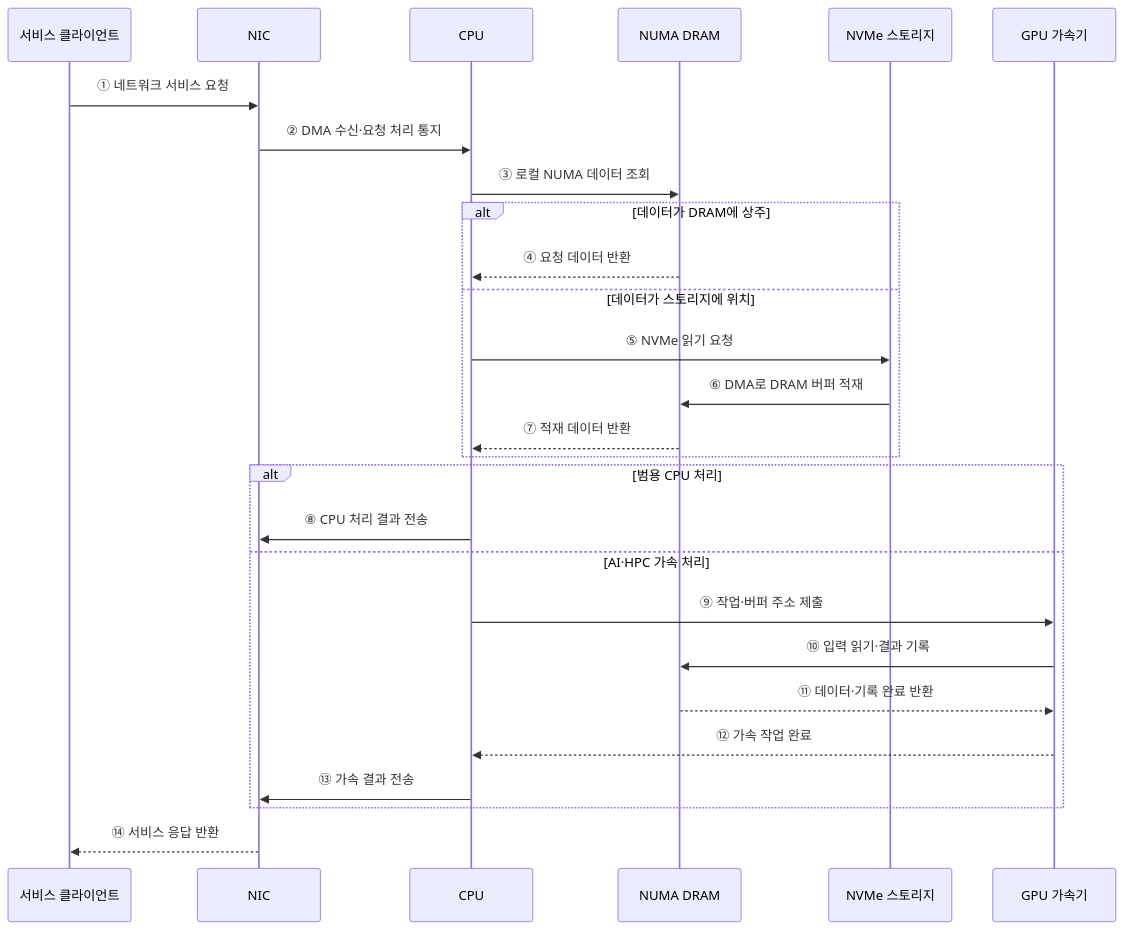
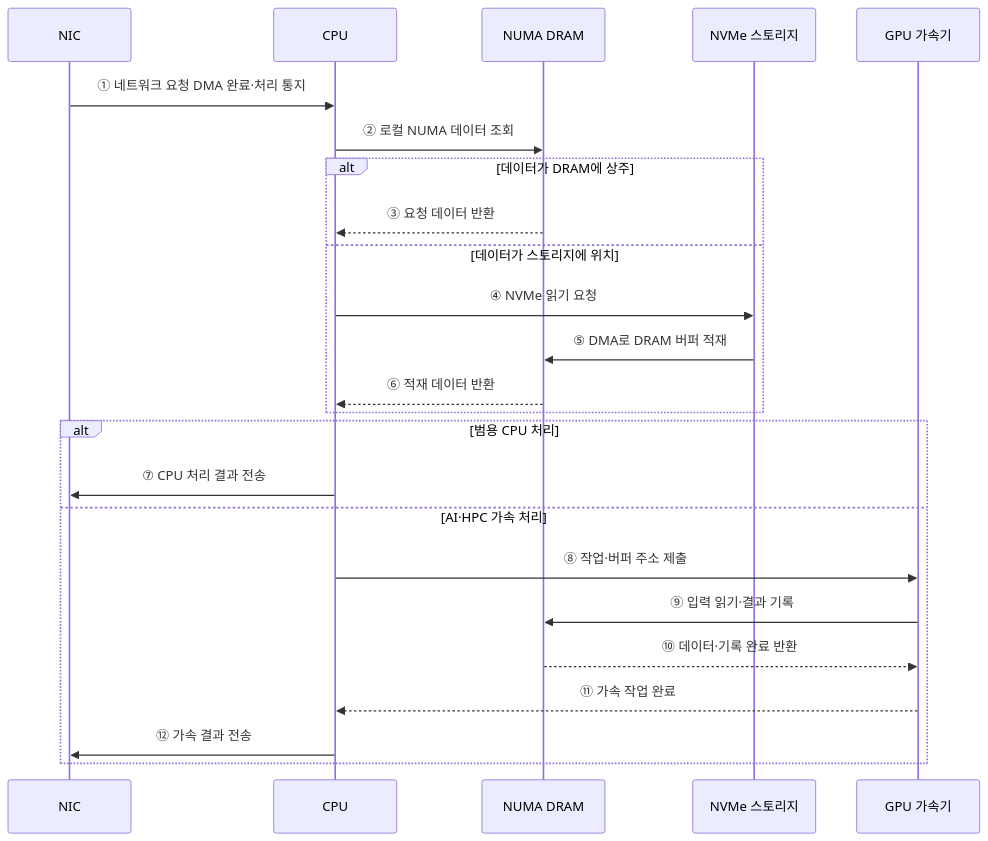
The second of 2 diagrams in src/content/docs/notes/02-hardware/054_data_center_server_architecture.md (agnusdei1207/knowledge-base), drawn with Mermaid before and after one commit. The commit also changed other lines of this file and 20 other files, not shown here.

````diff
--- a/src/content/docs/notes/02-hardware/054_data_center_server_architecture.md
+++ b/src/content/docs/notes/02-hardware/054_data_center_server_architecture.md
@@ -93,30 +84,27 @@
 ```mermaid
 sequenceDiagram
-    participant U as 서비스 클라이언트
     participant N as NIC
     participant C as CPU
     participant M as NUMA DRAM
     participant S as NVMe 스토리지
     participant G as GPU 가속기
 
-    U->>N: ① 네트워크 서비스 요청
-    N->>C: ② DMA 수신·요청 처리 통지
-    C->>M: ③ 로컬 NUMA 데이터 조회
+    N->>C: ① 네트워크 요청 DMA 완료·처리 통지
+    C->>M: ② 로컬 NUMA 데이터 조회
     alt 데이터가 DRAM에 상주
-        M-->>C: ④ 요청 데이터 반환
+        M-->>C: ③ 요청 데이터 반환
     else 데이터가 스토리지에 위치
-        C->>S: ⑤ NVMe 읽기 요청
-        S->>M: ⑥ DMA로 DRAM 버퍼 적재
-        M-->>C: ⑦ 적재 데이터 반환
+        C->>S: ④ NVMe 읽기 요청
+        S->>M: ⑤ DMA로 DRAM 버퍼 적재
+        M-->>C: ⑥ 적재 데이터 반환
     end
     alt 범용 CPU 처리
-        C->>N: ⑧ CPU 처리 결과 전송
+        C->>N: ⑦ CPU 처리 결과 전송
     else AI·HPC 가속 처리
-        C->>G: ⑨ 작업·버퍼 주소 제출
-        G->>M: ⑩ 입력 읽기·결과 기록
-        M-->>G: ⑪ 데이터·기록 완료 반환
-        G-->>C: ⑫ 가속 작업 완료
-        C->>N: ⑬ 가속 결과 전송
+        C->>G: ⑧ 작업·버퍼 주소 제출
+        G->>M: ⑨ 입력 읽기·결과 기록
+        M-->>G: ⑩ 데이터·기록 완료 반환
+        G-->>C: ⑪ 가속 작업 완료
+        C->>N: ⑫ 가속 결과 전송
     end
-    N-->>U: ⑭ 서비스 응답 반환
 ```
````
